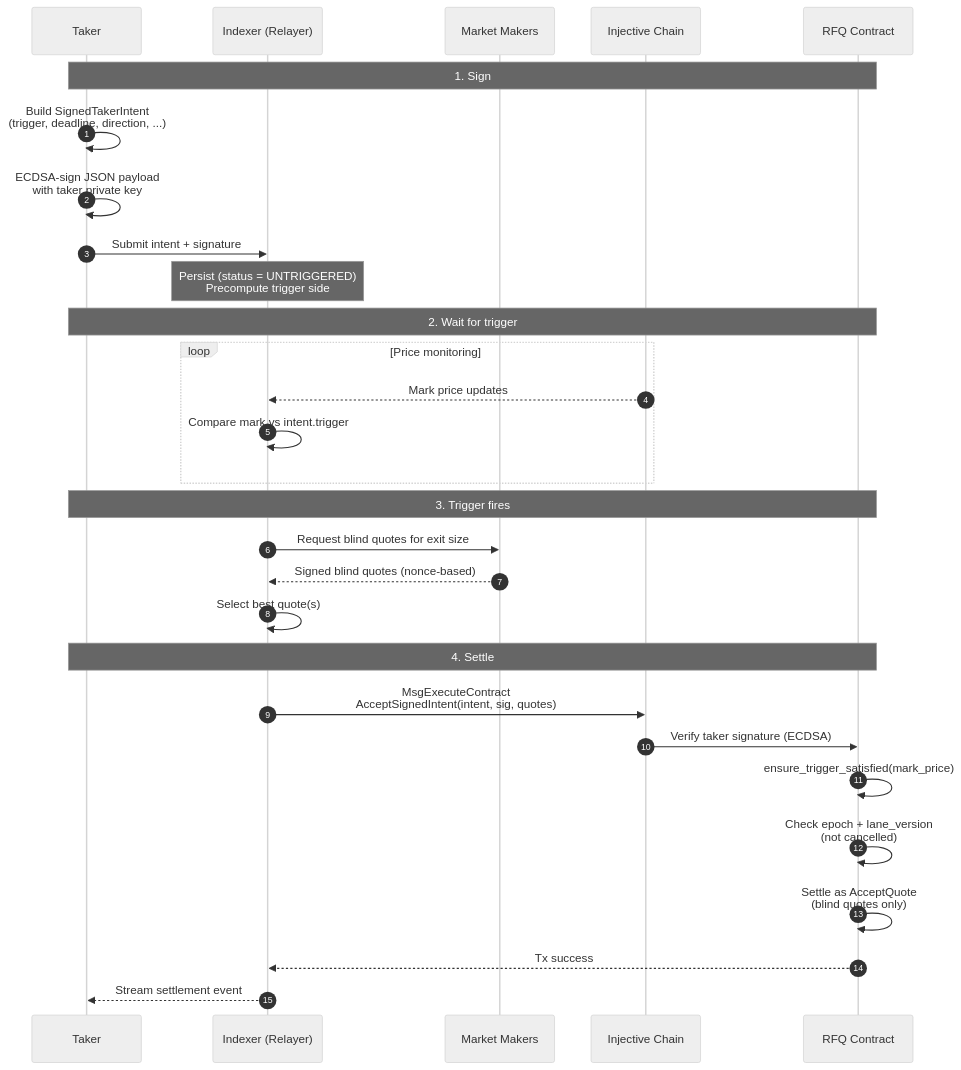
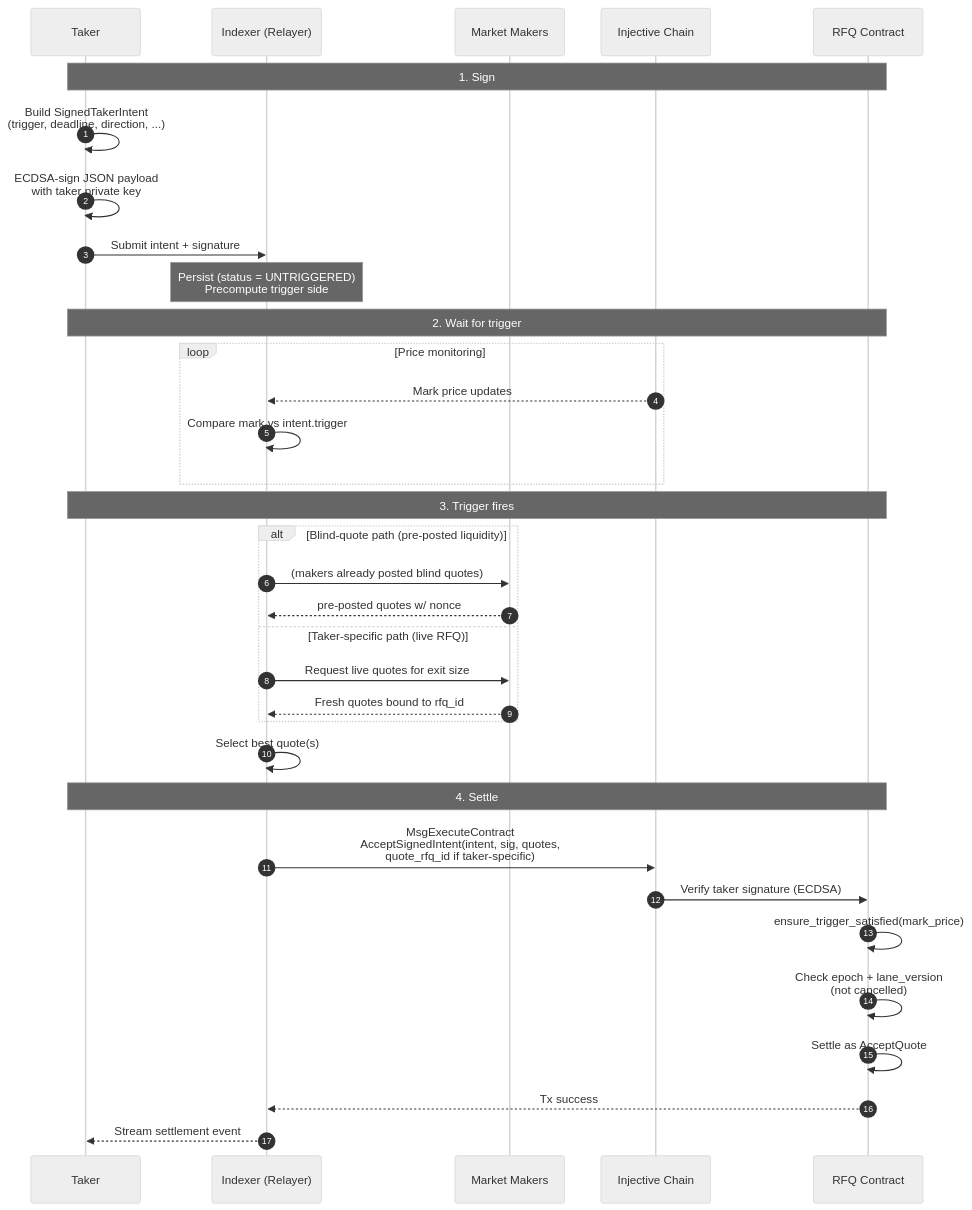
Before and after one commit to TrueCurrent/truecurrent-docs: the diagram in mintlify/takers/signed-intents.md, drawn with Mermaid (neutral theme). The commit also changed other lines of this file and 1 other file, not shown here.

First line of the commit message:
docs(signed-intents): cover InjectiveLabs/rfq#27 (taker-specific quotes)

````diff
--- a/mintlify/takers/signed-intents.md
+++ b/mintlify/takers/signed-intents.md
@@ -30,40 +30,45 @@
 ```mermaid
 sequenceDiagram
     autonumber
     participant Taker as Taker
     participant Indexer as Indexer (Relayer)
     participant MMs as Market Makers
     participant Chain as Injective Chain
     participant Contract as RFQ Contract
 
     Note over Taker,Contract: 1. Sign
 
     Taker->>Taker: Build SignedTakerIntent<br/>(trigger, deadline, direction, ...)
     Taker->>Taker: ECDSA-sign JSON payload<br/>with taker private key
     Taker->>Indexer: Submit intent + signature
 
     Note over Indexer: Persist (status = UNTRIGGERED)<br/>Precompute trigger side
 
     Note over Taker,Contract: 2. Wait for trigger
 
     loop Price monitoring
         Chain-->>Indexer: Mark price updates
         Indexer->>Indexer: Compare mark vs intent.trigger
     end
 
     Note over Taker,Contract: 3. Trigger fires
 
-    Indexer->>MMs: Request blind quotes for exit size
-    MMs-->>Indexer: Signed blind quotes (nonce-based)
+    alt Blind-quote path (pre-posted liquidity)
+        Indexer->>MMs: (makers already posted blind quotes)
+        MMs-->>Indexer: pre-posted quotes w/ nonce
+    else Taker-specific path (live RFQ)
+        Indexer->>MMs: Request live quotes for exit size
+        MMs-->>Indexer: Fresh quotes bound to rfq_id
+    end
     Indexer->>Indexer: Select best quote(s)
 
     Note over Taker,Contract: 4. Settle
 
-    Indexer->>Chain: MsgExecuteContract<br/>AcceptSignedIntent(intent, sig, quotes)
+    Indexer->>Chain: MsgExecuteContract<br/>AcceptSignedIntent(intent, sig, quotes,<br/>quote_rfq_id if taker-specific)
     Chain->>Contract: Verify taker signature (ECDSA)
     Contract->>Contract: ensure_trigger_satisfied(mark_price)
     Contract->>Contract: Check epoch + lane_version<br/>(not cancelled)
-    Contract->>Contract: Settle as AcceptQuote<br/>(blind quotes only)
+    Contract->>Contract: Settle as AcceptQuote
     Contract-->>Indexer: Tx success
     Indexer-->>Taker: Stream settlement event
 ```
````
